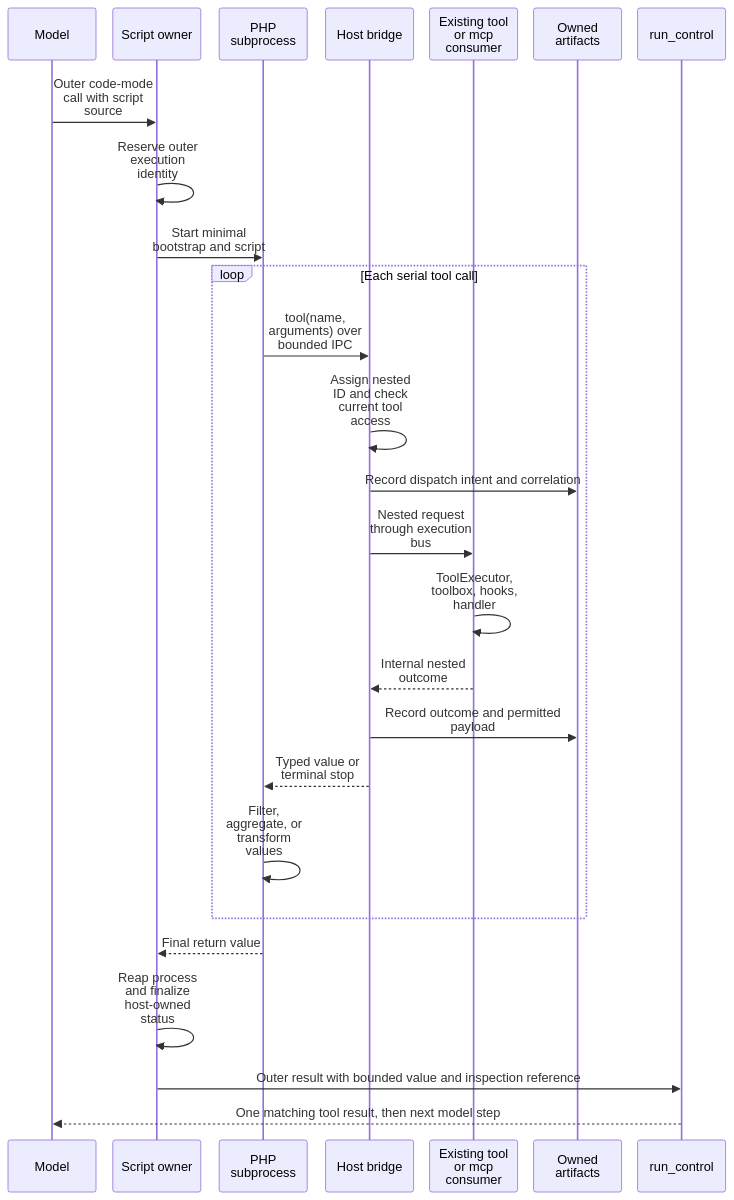
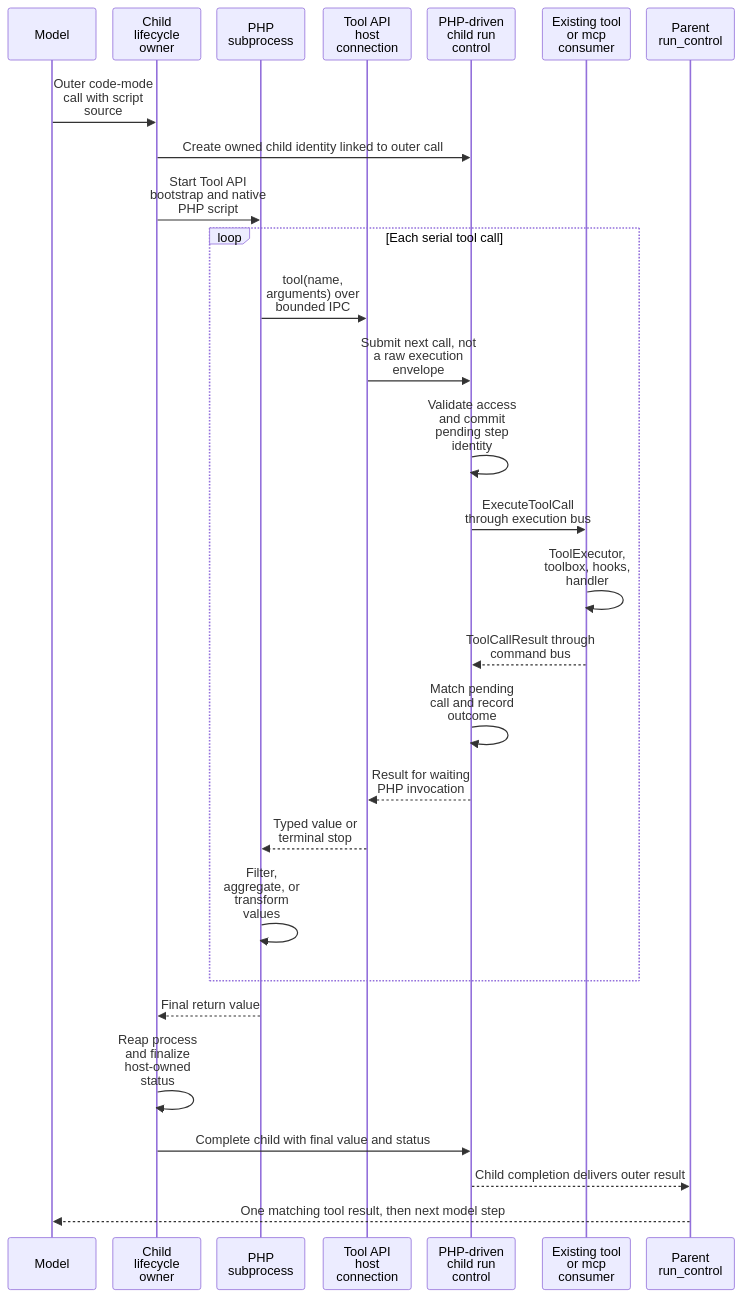
Before and after one commit to ineersa/agent-core: the third of 11 diagrams in architecture/php-code-mode-discovery.md, drawn with Mermaid. The commit also changed other lines of this file, not shown here.

Commit message:
docs: route PHP code mode through child runs and Messenger

````diff
--- a/architecture/php-code-mode-discovery.md
+++ b/architecture/php-code-mode-discovery.md
@@ -106,30 +114,32 @@
 ```mermaid
 %%{init: {"sequence": {"wrap": true, "width": 110, "actorMargin": 20, "diagramMarginX": 10, "messageMargin": 30}}}%%
 sequenceDiagram
     participant Model
-    participant Owner as Script owner
+    participant Owner as Child lifecycle owner
     participant PHP as PHP subprocess
-    participant Bridge as Host bridge
+    participant Bridge as Tool API host connection
+    participant Child as PHP-driven child run control
     participant Worker as Existing tool or mcp consumer
-    participant Store as Owned artifacts
-    participant RC as run_control
+    participant RC as Parent run_control
 
     Model->>Owner: Outer code-mode call with script source
-    Owner->>Owner: Reserve outer execution identity
-    Owner->>PHP: Start minimal bootstrap and script
+    Owner->>Child: Create owned child identity linked to outer call
+    Owner->>PHP: Start Tool API bootstrap and native PHP script
     loop Each serial tool call
         PHP->>Bridge: tool(name, arguments) over bounded IPC
-        Bridge->>Bridge: Assign nested ID and check current tool access
-        Bridge->>Store: Record dispatch intent and correlation
-        Bridge->>Worker: Nested request through execution bus
+        Bridge->>Child: Submit next call, not a raw execution envelope
+        Child->>Child: Validate access and commit pending step identity
+        Child->>Worker: ExecuteToolCall through execution bus
         Worker->>Worker: ToolExecutor, toolbox, hooks, handler
-        Worker-->>Bridge: Internal nested outcome
-        Bridge->>Store: Record outcome and permitted payload
+        Worker-->>Child: ToolCallResult through command bus
+        Child->>Child: Match pending call and record outcome
+        Child-->>Bridge: Result for waiting PHP invocation
         Bridge-->>PHP: Typed value or terminal stop
         PHP->>PHP: Filter, aggregate, or transform values
     end
     PHP-->>Owner: Final return value
     Owner->>Owner: Reap process and finalize host-owned status
-    Owner->>RC: Outer result with bounded value and inspection reference
+    Owner->>Child: Complete child with final value and status
+    Child-->>RC: Child completion delivers outer result
     RC-->>Model: One matching tool result, then next model step
 ```
````
